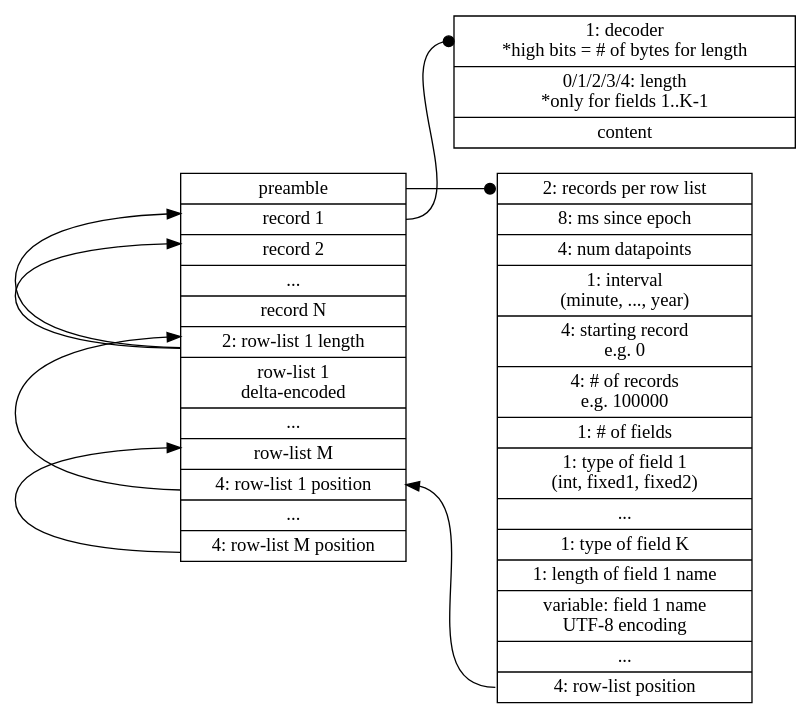
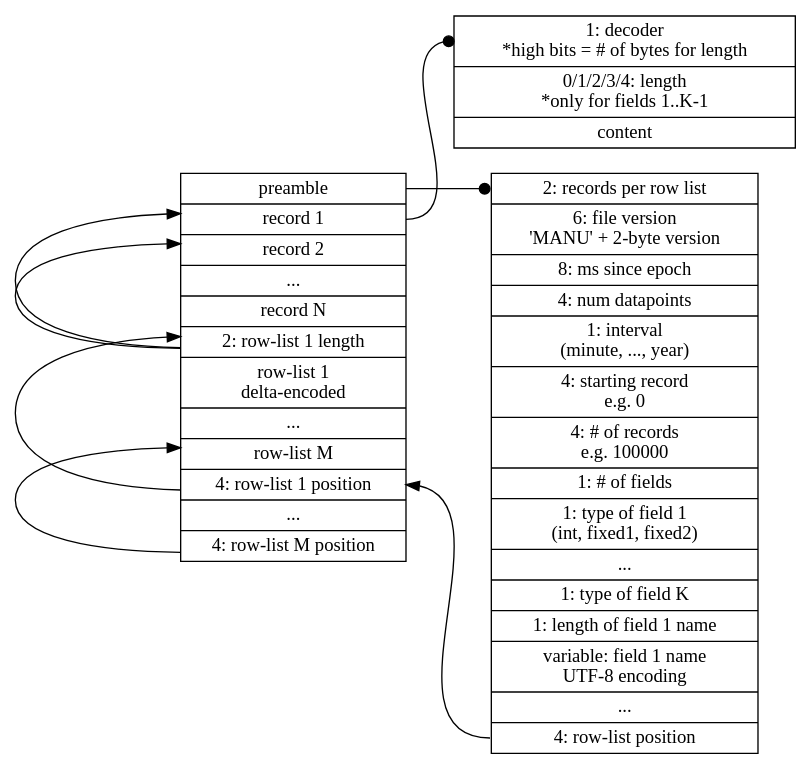
One commit to cldellow/manu changed the diagram in format/format.dot. Above: the diagram before and after it, drawn with Graphviz. The commit also changed 16 other files, not shown here.

```diff
--- a/format/format.dot
+++ b/format/format.dot
@@ -1,51 +1,53 @@
 digraph structs {
   node [shape=record];
   rankdir=LR;
 
   composite [ label ="<preamble> preamble |
   <record1> record 1 |
   <record2> record 2 |
   ... |
   record N |
   <rowlist1>2: row-list 1 length|
   row-list 1\ndelta-encoded |
   ... |
   <rowlistm> row-list M |
   <rowlistpos> 4: row-list 1 position |
   ... |
   <rowlistposm> 4: row-list M position
 
   " ];
 
   preamble [ label="<start> 2: records per row list |
+  6: file version\n
+    'MANU' + 2-byte version |
   8: ms since epoch |
   4: num datapoints |
   1: interval\n(minute, ..., year) |
   4: starting record\ne.g. 0 |
   4: # of records\ne.g. 100000 |
   1: # of fields |
   1: type of field 1\n(int, fixed1, fixed2) |
   ... |
   1: type of field K |
   1: length of field 1 name |
   variable: field 1 name\nUTF-8 encoding |
   ... |
   <rowlistpos> 4: row-list position
   " ];
 
   record [ label = "<decoder>1: decoder\n*high bits = # of bytes for length |
   0/1/2/3/4: length\n*only for fields 1..K-1 |
   content
   " ];
 
   composite:preamble -> preamble:start [arrowhead=dot];
 
   preamble:rowlistpos -> composite:rowlistpos;
 
   composite:rowlistpos -> composite:rowlist1;
   composite:rowlistposm -> composite:rowlistm;
 
   composite:record1 -> record:decoder [arrowhead=dot];
   composite:rowlist1 -> composite:record1;
   composite:rowlist1 -> composite:record2;
 }
```
